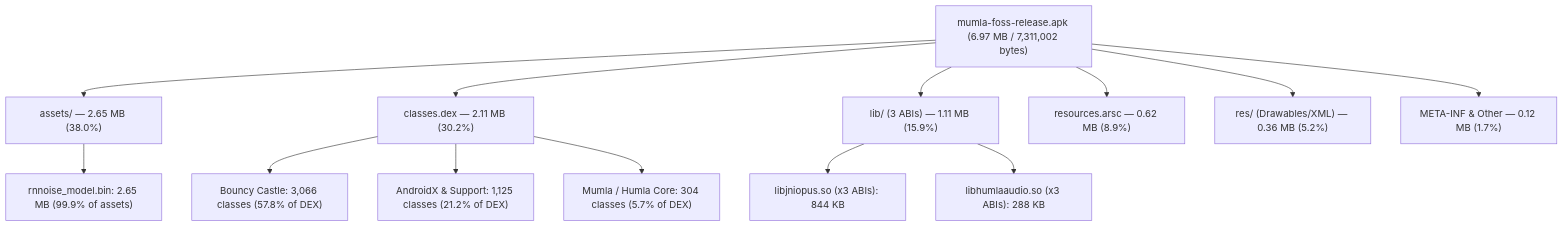
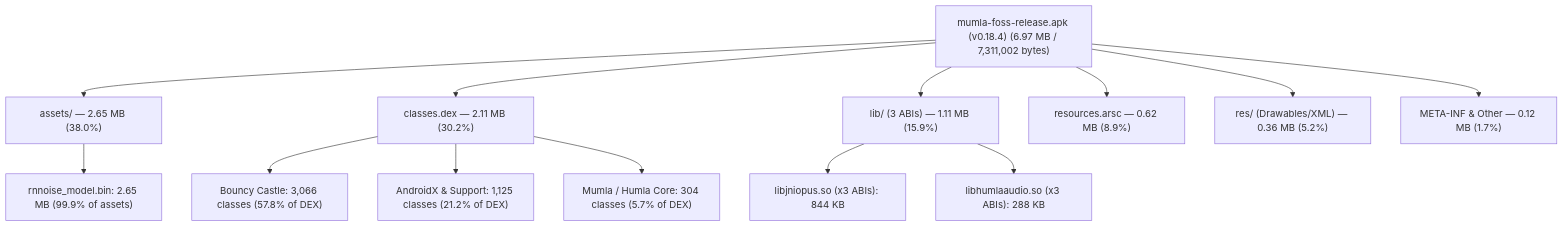
Before and after one commit to 360ied/mumla-oled: the first of 3 diagrams in docs/apk-size-analysis/README.md, drawn with Mermaid. The commit also changed other lines of this file, not shown here.

First line of the commit message:
docs: mark apk-size-analysis as 0.18.4 outdated

````diff
--- a/docs/apk-size-analysis/README.md
+++ b/docs/apk-size-analysis/README.md
@@ -11,17 +14,17 @@
 ```mermaid
 flowchart TD
-    APK["mumla-foss-release.apk (6.97 MB / 7,311,002 bytes)"]
+    APK["mumla-foss-release.apk (v0.18.4) (6.97 MB / 7,311,002 bytes)"]
     APK --> ASSETS["assets/ — 2.65 MB (38.0%)"]
     APK --> DEX["classes.dex — 2.11 MB (30.2%)"]
     APK --> LIB["lib/ (3 ABIs) — 1.11 MB (15.9%)"]
     APK --> ARSC["resources.arsc — 0.62 MB (8.9%)"]
     APK --> RES["res/ (Drawables/XML) — 0.36 MB (5.2%)"]
     APK --> META["META-INF & Other — 0.12 MB (1.7%)"]
 
     ASSETS --> RNN["rnnoise_model.bin: 2.65 MB (99.9% of assets)"]
     DEX --> BC["Bouncy Castle: 3,066 classes (57.8% of DEX)"]
     DEX --> AX["AndroidX & Support: 1,125 classes (21.2% of DEX)"]
     DEX --> MUM["Mumla / Humla Core: 304 classes (5.7% of DEX)"]
     LIB --> OPUS["libjniopus.so (x3 ABIs): 844 KB"]
     LIB --> HUMLA["libhumlaaudio.so (x3 ABIs): 288 KB"]
 ```
````
